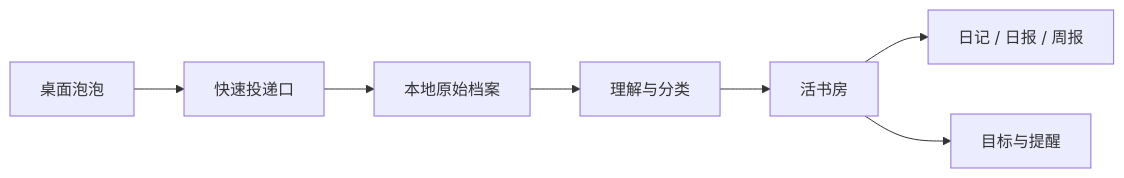
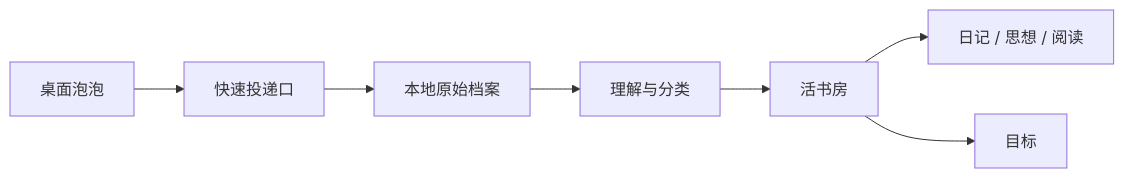
One commit to 74stars/paopao-ai-avatar-agent changed the diagram in README.md. Above: the diagram before and after it, drawn with Mermaid. The commit also changed other lines of this file and 21 other files, not shown here.

````diff
--- a/README.md
+++ b/README.md
@@ -44,9 +43,9 @@
 ```mermaid
 flowchart LR
   Pet[桌面泡泡] --> Capture[快速投递口]
   Capture --> Raw[本地原始档案]
   Raw --> AI[理解与分类]
   AI --> Books[活书房]
-  Books --> Diary[日记 / 日报 / 周报]
-  Books --> Goals[目标与提醒]
+  Books --> Diary[日记 / 思想 / 阅读]
+  Books --> Goals[目标]
 ```
````
